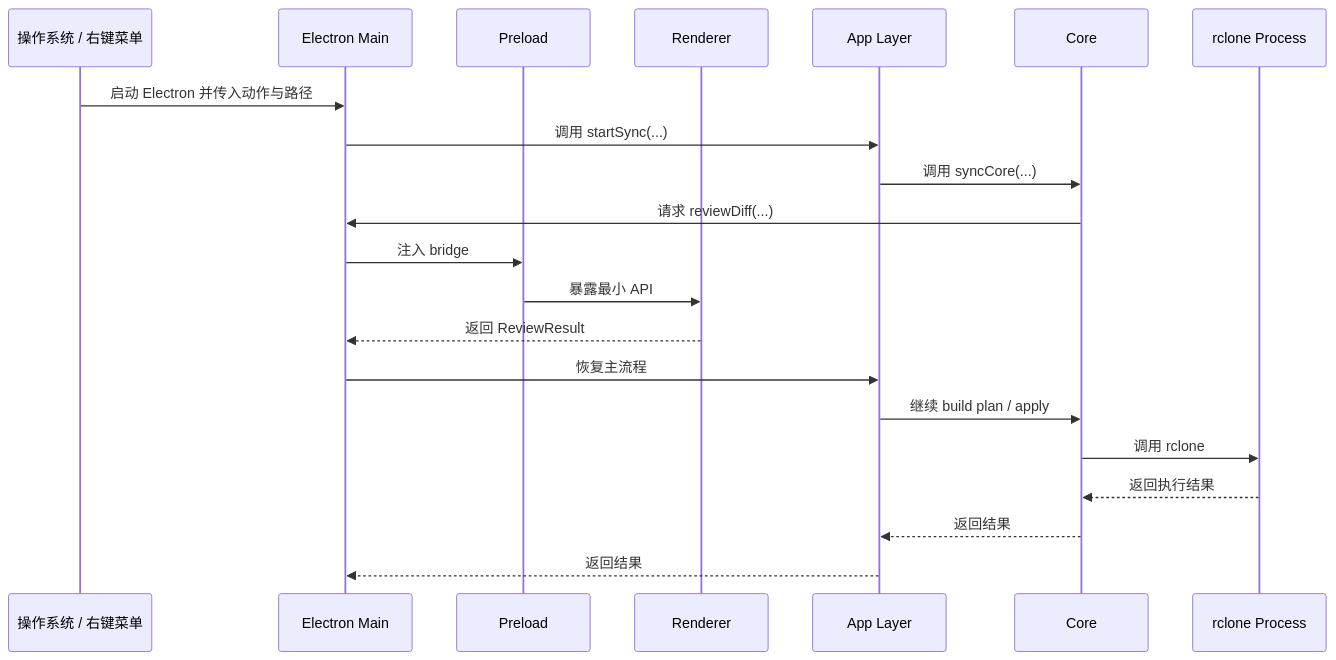
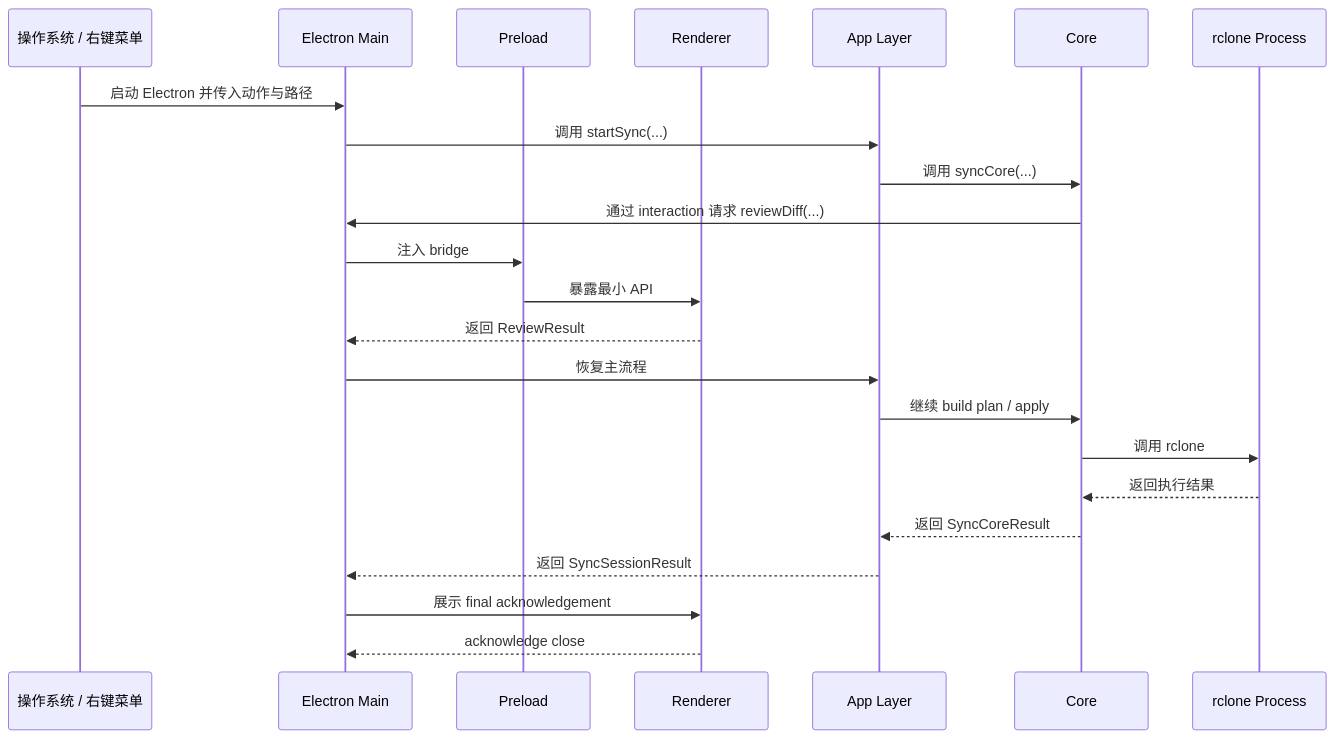
The second of 3 diagrams in docs/Architecture.md (agalloch21/sync-with-rclone), drawn with Mermaid before and after one commit. The commit also changed other lines of this file and 2 other files, not shown here.

````diff
--- a/docs/Architecture.md
+++ b/docs/Architecture.md
@@ -64,24 +64,26 @@
 ```mermaid
 sequenceDiagram
   participant OS as 操作系统 / 右键菜单
   participant EM as Electron Main
   participant PL as Preload
   participant RD as Renderer
   participant APP as App Layer
   participant CORE as Core
   participant RC as rclone Process
 
   OS->>EM: 启动 Electron 并传入动作与路径
   EM->>APP: 调用 startSync(...)
   APP->>CORE: 调用 syncCore(...)
-  CORE->>EM: 请求 reviewDiff(...)
+  CORE->>EM: 通过 interaction 请求 reviewDiff(...)
   EM->>PL: 注入 bridge
   PL->>RD: 暴露最小 API
   RD-->>EM: 返回 ReviewResult
   EM->>APP: 恢复主流程
   APP->>CORE: 继续 build plan / apply
   CORE->>RC: 调用 rclone
   RC-->>CORE: 返回执行结果
-  CORE-->>APP: 返回结果
-  APP-->>EM: 返回结果
+  CORE-->>APP: 返回 SyncCoreResult
+  APP-->>EM: 返回 SyncSessionResult
+  EM->>RD: 展示 final acknowledgement
+  RD-->>EM: acknowledge close
 ```
````
